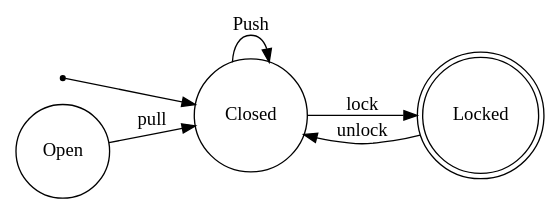
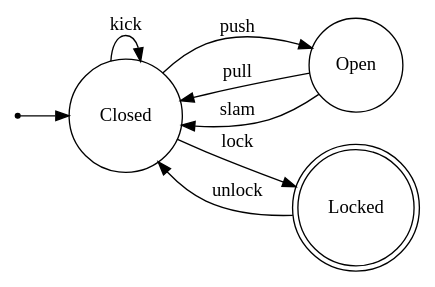
The diagram in bin/graph.gv (P4-Group2-Compiler/P4-State-Lang), drawn with Graphviz before and after one commit. The commit also changed 5 other files, not shown here.

```diff
--- a/bin/graph.gv
+++ b/bin/graph.gv
@@ -1,11 +1,13 @@
 digraph Door {
  rankdir = LR;
  node [shape = circle;];
  null [shape = point;];
 null -> Closed;
-Closed -> Closed [label="Push"];
+Closed -> Open [label="push"];
+Closed -> Closed [label="kick"];
 Closed -> Locked [label="lock"];
 Open -> Closed [label="pull"];
+Open -> Closed [label="slam"];
 Locked -> Closed [label="unlock"];
 Locked [shape = doublecircle;];
 }
```
